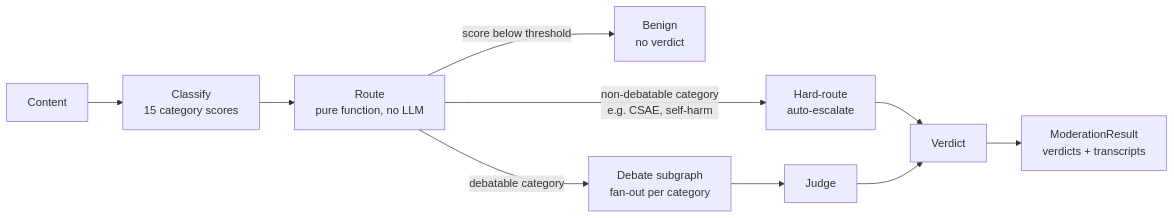
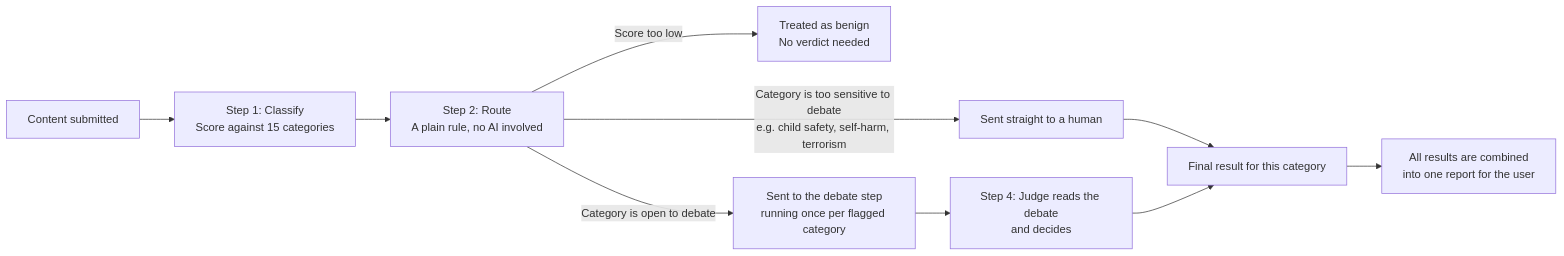
The first of 3 diagrams in docs/HOW_IT_WORKS.md (harineek24/ModAgent), drawn with Mermaid before and after one commit. The commit also changed other lines of this file, not shown here.

First line of the commit message:
Rewrite HOW_IT_WORKS.md in plain, full sentences

````diff
--- a/docs/HOW_IT_WORKS.md
+++ b/docs/HOW_IT_WORKS.md
@@ -23,12 +31,12 @@
 ```mermaid
 flowchart LR
-    A[Content] --> B[Classify\n15 category scores]
-    B --> C[Route\npure function, no LLM]
-    C -->|score below threshold| D[Benign\nno verdict]
-    C -->|non-debatable category\ne.g. CSAE, self-harm| E[Hard-route\nauto-escalate]
-    C -->|debatable category| F[Debate subgraph\nfan-out per category]
-    F --> G[Judge]
-    E --> H[Verdict]
+    A[Content submitted] --> B[Step 1: Classify\nScore against 15 categories]
+    B --> C[Step 2: Route\nA plain rule, no AI involved]
+    C -->|Score too low| D[Treated as benign\nNo verdict needed]
+    C -->|Category is too sensitive to debate\ne.g. child safety, self-harm, terrorism| E[Sent straight to a human]
+    C -->|Category is open to debate| F[Sent to the debate step\nrunning once per flagged category]
+    F --> G[Step 4: Judge reads the debate\nand decides]
+    E --> H[Final result for this category]
     G --> H
-    H --> I[ModerationResult\nverdicts + transcripts]
+    H --> I[All results are combined\ninto one report for the user]
 ```
````
